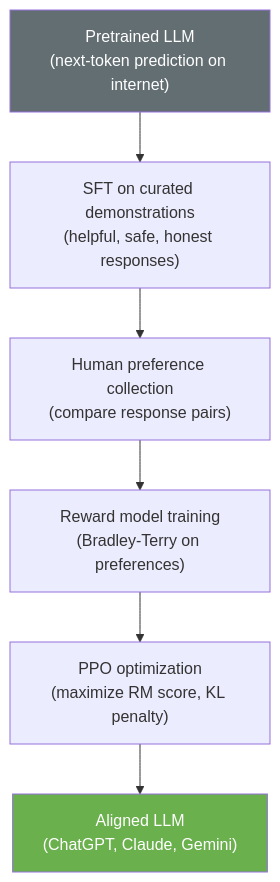
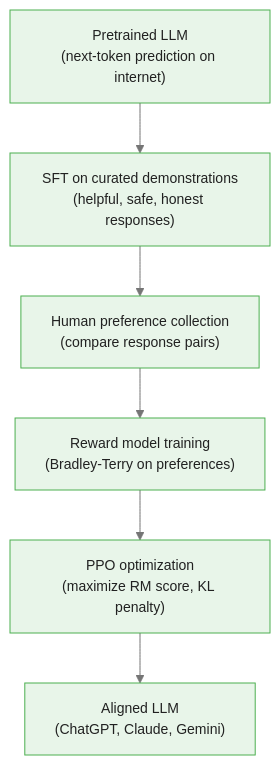
Before and after one commit to m-deane/course-creator: the fourth of 5 diagrams in courses/reinforcement-learning/modules/module_09_frontiers/guides/03_rlhf_and_safety_slides.md, drawn with Mermaid. The commit also changed other lines of this file and 131 other files, not shown here.

````diff
--- a/courses/reinforcement-learning/modules/module_09_frontiers/guides/03_rlhf_and_safety_slides.md
+++ b/courses/reinforcement-learning/modules/module_09_frontiers/guides/03_rlhf_and_safety_slides.md
@@ -249,11 +274,10 @@
 ```mermaid
+%%{init: {"theme": "base", "themeVariables": {"primaryColor": "#e8f5e9", "primaryBorderColor": "#4caf50", "primaryTextColor": "#212121", "secondaryColor": "#e3f2fd", "tertiaryColor": "#fff8e1", "lineColor": "#757575", "fontFamily": "Inter, sans-serif", "fontSize": "14px"}}}%%
 flowchart TD
     Pre["Pretrained LLM\n(next-token prediction on internet)"] --> SFT["SFT on curated demonstrations\n(helpful, safe, honest responses)"]
     SFT --> Pref["Human preference collection\n(compare response pairs)"]
     Pref --> RM["Reward model training\n(Bradley-Terry on preferences)"]
     RM --> PPO["PPO optimization\n(maximize RM score, KL penalty)"]
     PPO --> Aligned["Aligned LLM\n(ChatGPT, Claude, Gemini)"]
 
-    style Pre fill:#636e72,color:#fff
-    style Aligned fill:#6ab04c,color:#fff
 ```
````
